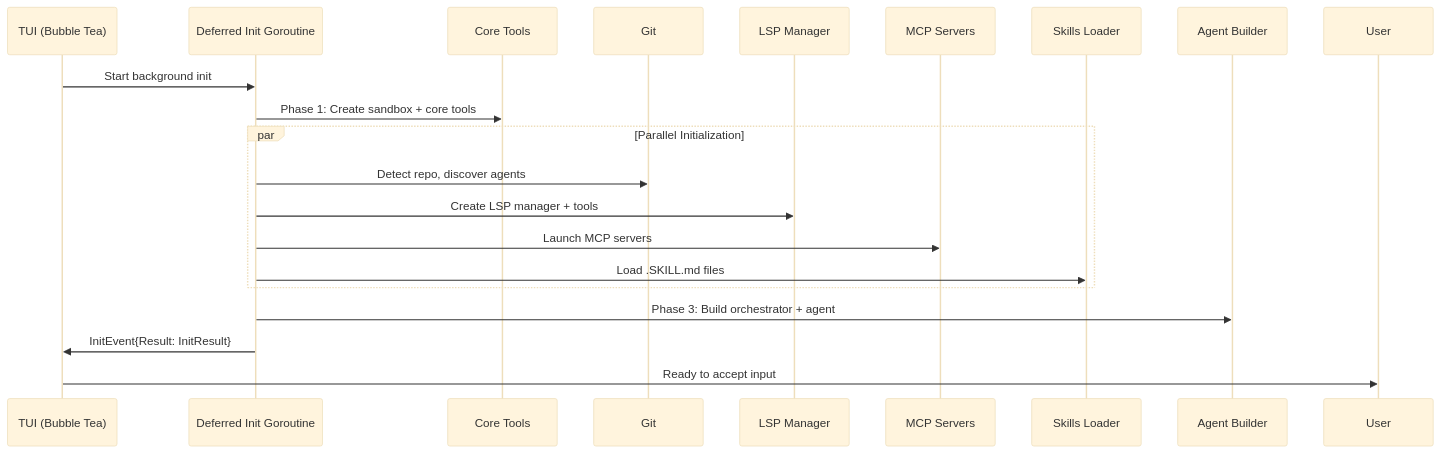
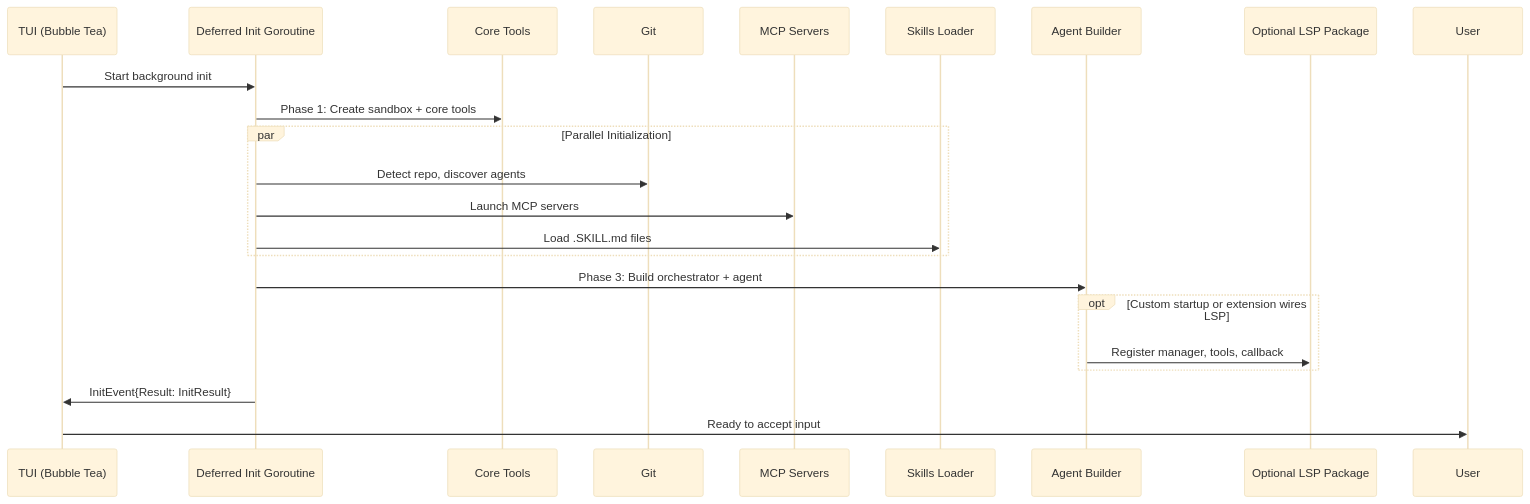
The eighth of 14 diagrams in ARCHITECTURE.md (Pizzaface/pi-go), drawn with Mermaid (base theme) before and after one commit. The commit also changed other lines of this file and 8 other files, not shown here.

Commit message:
refactor: remove lsp from default startup

````diff
--- a/ARCHITECTURE.md
+++ b/ARCHITECTURE.md
@@ -372,23 +378,25 @@
 ```mermaid
 sequenceDiagram
     participant TUI as TUI (Bubble Tea)
     participant Init as Deferred Init Goroutine
     participant Tools as Core Tools
     participant Git as Git
-    participant LSP as LSP Manager
     participant MCP as MCP Servers
     participant Skills as Skills Loader
     participant Agent as Agent Builder
+    participant LSP as Optional LSP Package
 
     TUI->>Init: Start background init
     Init->>Tools: Phase 1: Create sandbox + core tools
     par Parallel Initialization
         Init->>Git: Detect repo, discover agents
-        Init->>LSP: Create LSP manager + tools
         Init->>MCP: Launch MCP servers
         Init->>Skills: Load .SKILL.md files
     end
     Init->>Agent: Phase 3: Build orchestrator + agent
+    opt Custom startup or extension wires LSP
+        Agent->>LSP: Register manager, tools, callback
+    end
     Init->>TUI: InitEvent{Result: InitResult}
     TUI->>User: Ready to accept input
 ```
````
